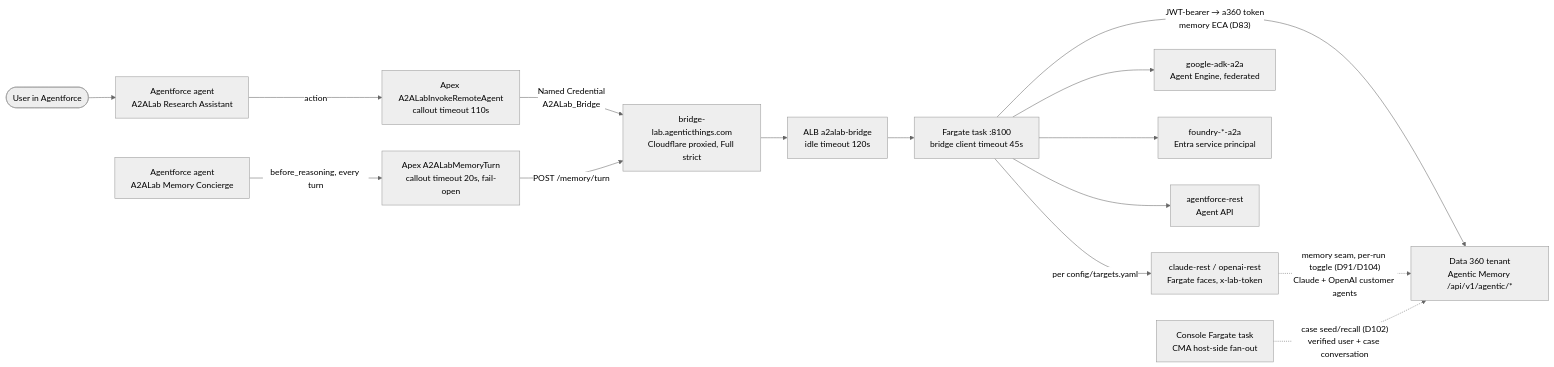
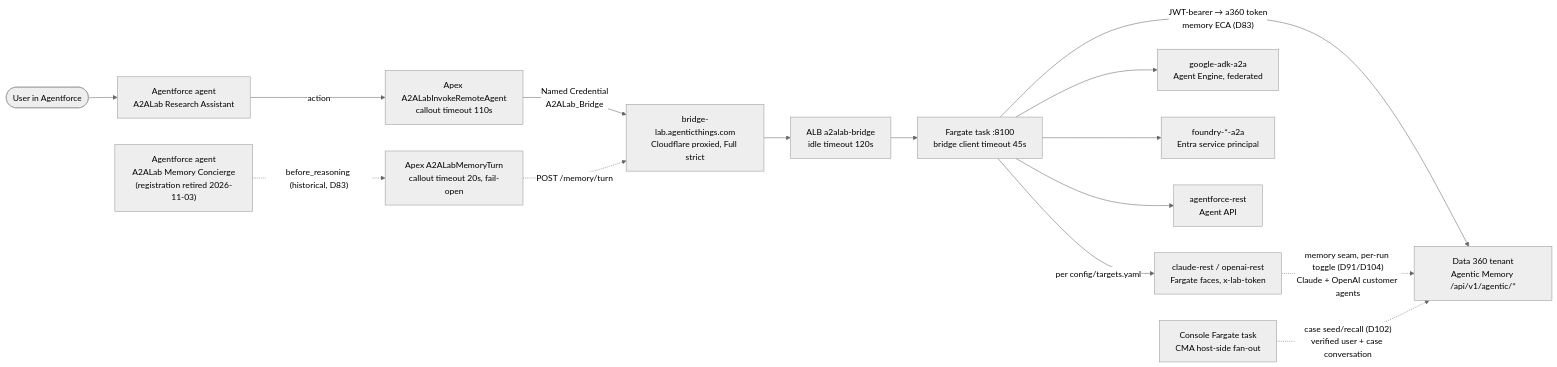
Before and after one commit to congmingwudi/a2a-lab: the fourth of 11 diagrams in plan/09-deployment-map.md, drawn with Mermaid (neutral theme). The commit also changed other lines of this file and 9 other files, not shown here.

First line of the commit message:
Architecture sweep 2026-11-04: 15 stale claims fixed; WS10 on hold

````diff
--- a/plan/09-deployment-map.md
+++ b/plan/09-deployment-map.md
@@ -335,17 +335,17 @@
 ```mermaid
 flowchart LR
   USER(["User in Agentforce"]) --> AFA["Agentforce agent<br/>A2ALab Research Assistant"]
   AFA -->|"action"| APEX["Apex A2ALabInvokeRemoteAgent<br/>callout timeout 110s"]
   APEX -->|"Named Credential<br/>A2ALab_Bridge"| DNS["bridge-lab.agenticthings.com<br/>Cloudflare proxied, Full strict"]
   DNS --> ALBX["ALB a2alab-bridge<br/>idle timeout 120s"]
   ALBX --> BRX["Fargate task :8100<br/>bridge client timeout 45s"]
   BRX -->|"per config/targets.yaml"| T1["claude-rest / openai-rest<br/>Fargate faces, x-lab-token"]
   BRX --> T2["google-adk-a2a<br/>Agent Engine, federated"]
   BRX --> T3["foundry-*-a2a<br/>Entra service principal"]
   BRX --> T4["agentforce-rest<br/>Agent API"]
-  CON["Agentforce agent<br/>A2ALab Memory Concierge"] -->|"before_reasoning, every turn"| MAPEX["Apex A2ALabMemoryTurn<br/>callout timeout 20s, fail-open"]
-  MAPEX -->|"POST /memory/turn"| DNS
+  CON["Agentforce agent<br/>A2ALab Memory Concierge<br/>(registration retired 2026-11-03)"] -.->|"before_reasoning (historical, D83)"| MAPEX["Apex A2ALabMemoryTurn<br/>callout timeout 20s, fail-open"]
+  MAPEX -.->|"POST /memory/turn"| DNS
   BRX -->|"JWT-bearer → a360 token<br/>memory ECA (D83)"| MEM["Data 360 tenant<br/>Agentic Memory /api/v1/agentic/*"]
   T1 -.->|"memory seam, per-run toggle (D91/D104)<br/>Claude + OpenAI customer agents"| MEM
   CMA["Console Fargate task<br/>CMA host-side fan-out"] -.->|"case seed/recall (D102)<br/>verified user + case conversation"| MEM
 ```
````
